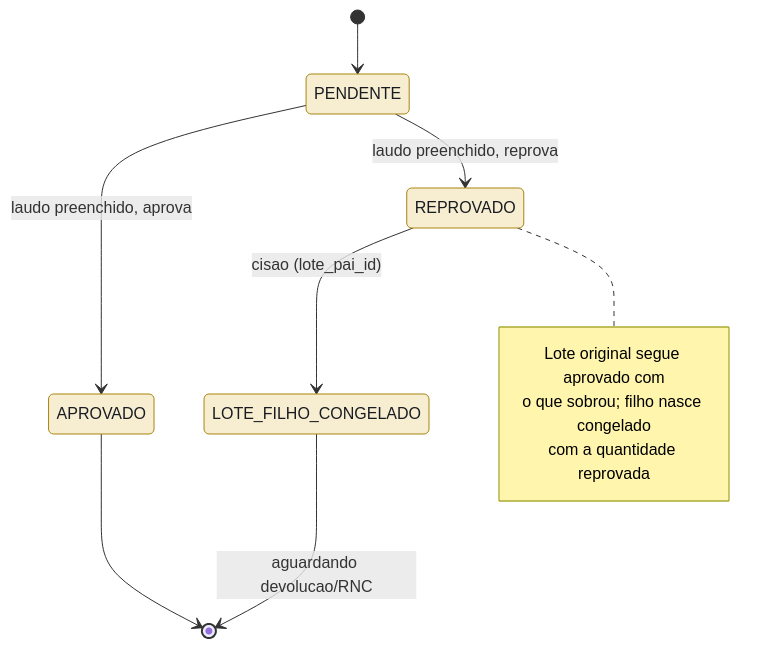
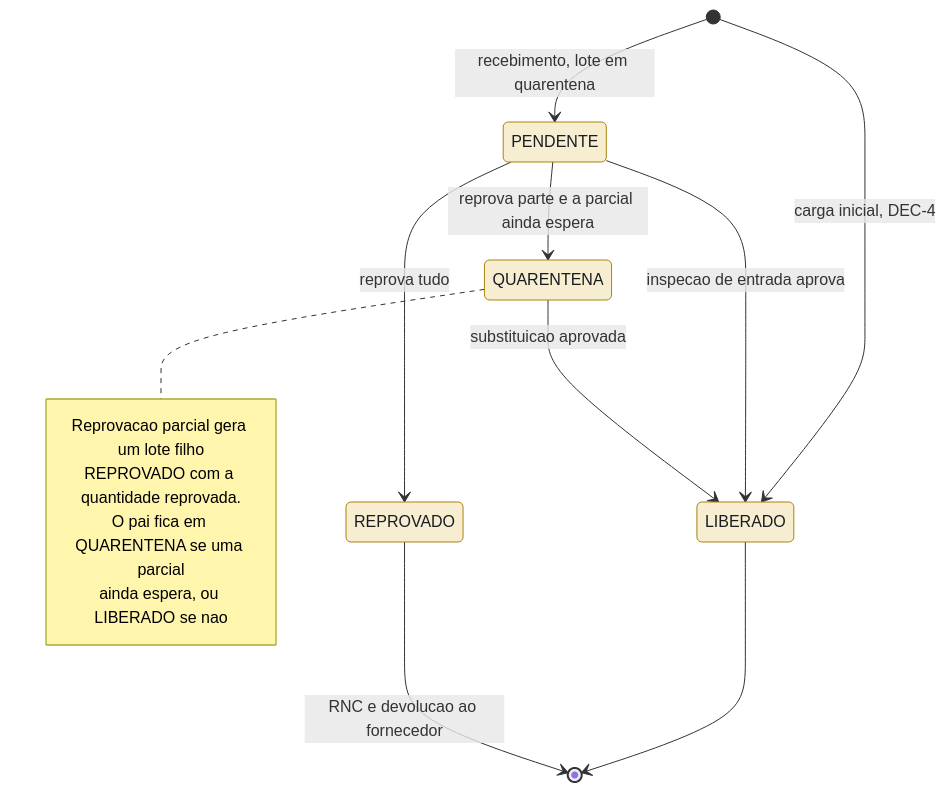
Diagram 13 of 28 in 04-Arquitetura-Transversal/Diagramas-UML.md (Acosvital/vault-avhub-mer), drawn with Mermaid before and after one commit. The commit also changed other lines of this file and 3 other files, not shown here.

Commit message:
docs(vault): atualiza UML, fluxograma de telas, encaixe estoque/revenda e anexo 0003 do contrato 33

````diff
--- a/04-Arquitetura-Transversal/Diagramas-UML.md
+++ b/04-Arquitetura-Transversal/Diagramas-UML.md
@@ -875,18 +880,21 @@
 ```mermaid
 stateDiagram-v2
-    [*] --> PENDENTE
-    PENDENTE --> APROVADO : laudo preenchido, aprova
-    PENDENTE --> REPROVADO : laudo preenchido, reprova
-    APROVADO --> [*]
-    REPROVADO --> LOTE_FILHO_CONGELADO : cisao (lote_pai_id)
-    LOTE_FILHO_CONGELADO --> [*] : aguardando devolucao/RNC
+    [*] --> PENDENTE : recebimento, lote em quarentena
+    [*] --> LIBERADO : carga inicial, DEC-4
+    PENDENTE --> LIBERADO : inspecao de entrada aprova
+    PENDENTE --> REPROVADO : reprova tudo
+    PENDENTE --> QUARENTENA : reprova parte e a parcial ainda espera
+    QUARENTENA --> LIBERADO : substituicao aprovada
+    LIBERADO --> [*]
+    REPROVADO --> [*] : RNC e devolucao ao fornecedor
 
-    note right of REPROVADO
-        Lote original segue aprovado com
-        o que sobrou; filho nasce congelado
-        com a quantidade reprovada
+    note right of QUARENTENA
+        Reprovacao parcial gera um lote filho
+        REPROVADO com a quantidade reprovada.
+        O pai fica em QUARENTENA se uma parcial
+        ainda espera, ou LIBERADO se nao
     end note
 
     classDef qualStyle fill:#f7edd0,stroke:#a8860f,color:#181c22
-    class PENDENTE,APROVADO,REPROVADO,LOTE_FILHO_CONGELADO qualStyle
+    class PENDENTE,LIBERADO,REPROVADO,QUARENTENA qualStyle
 ```
````
